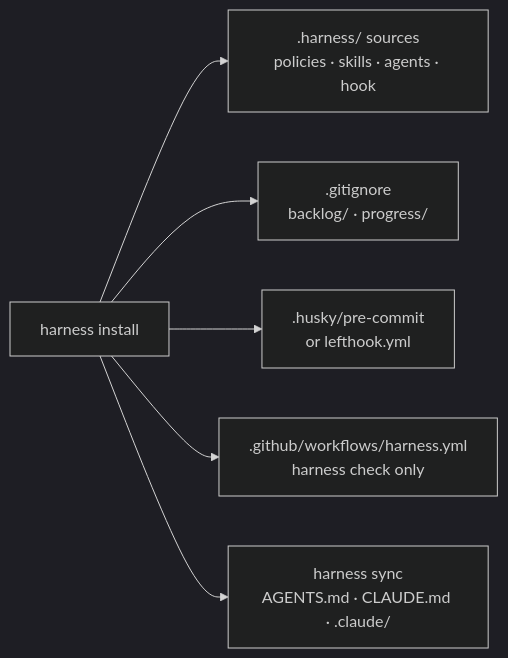
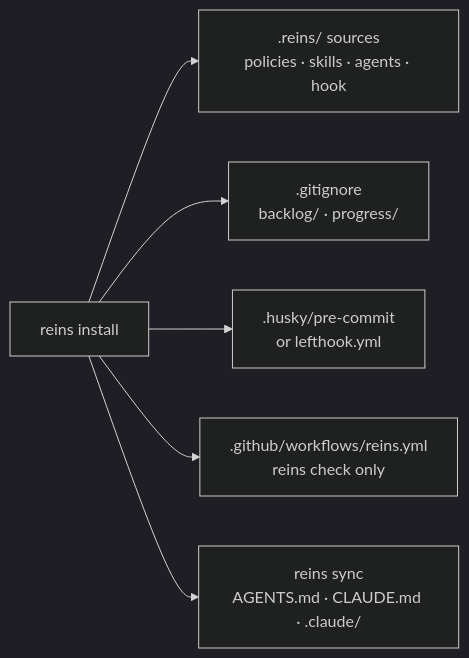
Before and after one commit to fredarcito/reins: diagram 14 of 15 in README.md, drawn with Mermaid (dark theme). The commit also changed other lines of this file and 186 other files, not shown here.

````diff
--- a/README.md
+++ b/README.md
@@ -607,8 +607,8 @@
 ```mermaid
 flowchart LR
-    install["harness install"] --> src[".harness/ sources<br/>policies · skills · agents · hook"]
+    install["reins install"] --> src[".reins/ sources<br/>policies · skills · agents · hook"]
     install --> gi[".gitignore<br/>backlog/ · progress/"]
     install --> hook[".husky/pre-commit<br/>or lefthook.yml"]
-    install --> wf[".github/workflows/harness.yml<br/>harness check only"]
-    install --> sync["harness sync<br/>AGENTS.md · CLAUDE.md · .claude/"]
+    install --> wf[".github/workflows/reins.yml<br/>reins check only"]
+    install --> sync["reins sync<br/>AGENTS.md · CLAUDE.md · .claude/"]
 ```
````
